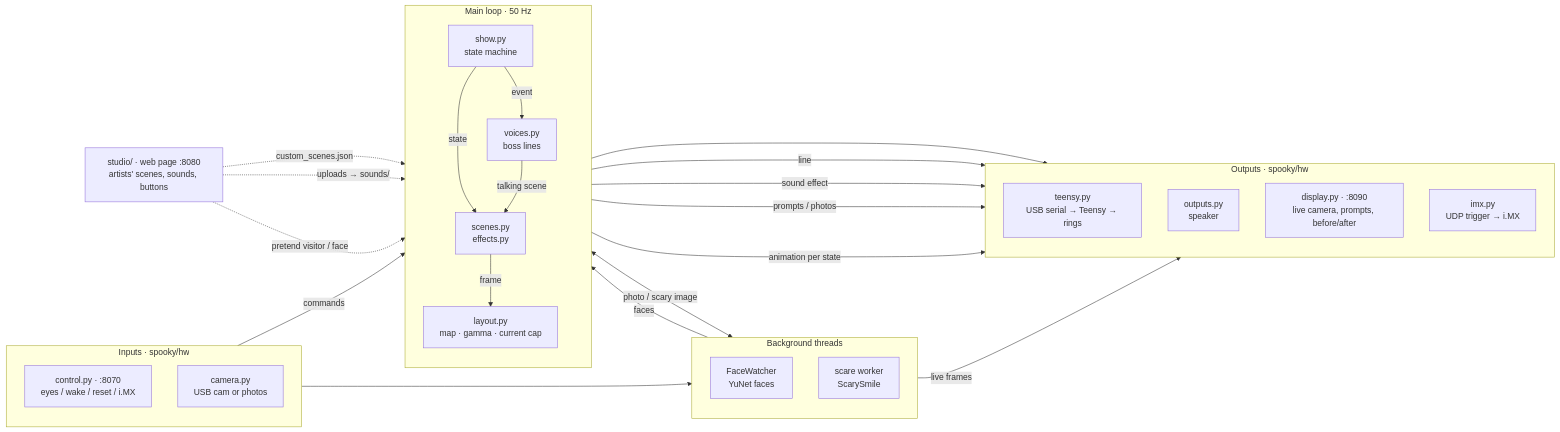
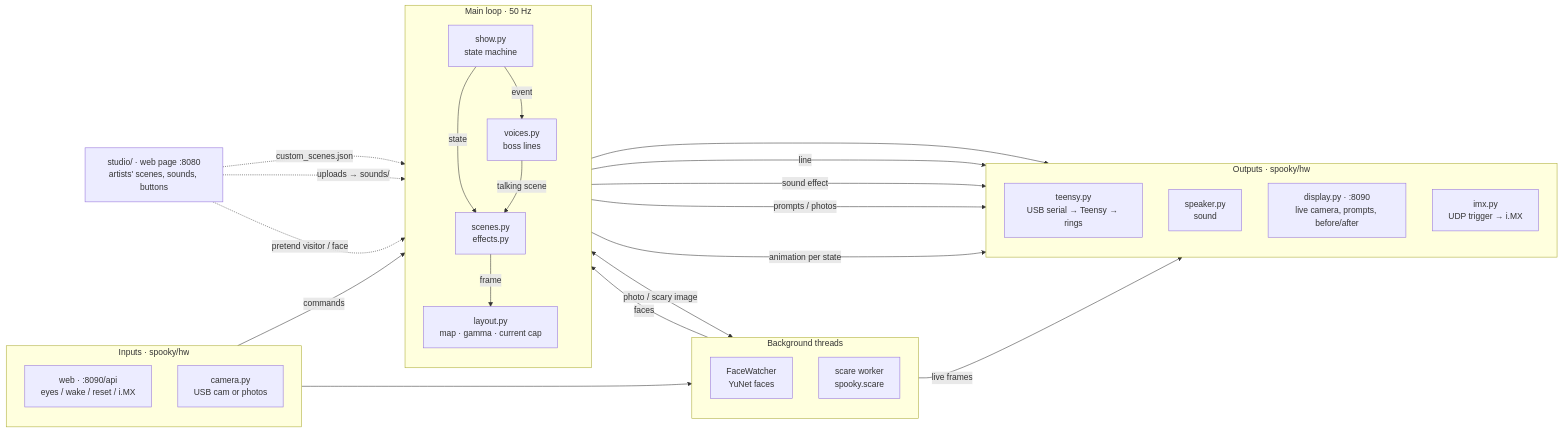
The diagram in docs/diagrams/software.mmd (mxmrsn/spooky-pi), drawn with Mermaid before and after one commit. The commit also changed 103 other files, not shown here.

```diff
--- a/docs/diagrams/software.mmd
+++ b/docs/diagrams/software.mmd
@@ -1,42 +1,42 @@
 flowchart LR
     STUDIO["studio/ · web page :8080<br/>artists' scenes, sounds, buttons"]
     subgraph IN["Inputs · spooky/hw"]
         direction TB
-        CTL["control.py · :8070<br/>eyes / wake / reset / i.MX"]
+        CTL["web · :8090/api<br/>eyes / wake / reset / i.MX"]
         CAM["camera.py<br/>USB cam or photos"]
     end
     subgraph BG["Background threads"]
         direction TB
         FW["FaceWatcher<br/>YuNet faces"]
-        EX["scare worker<br/>ScarySmile"]
+        EX["scare worker<br/>spooky.scare"]
     end
     subgraph CORE["Main loop · 50 Hz"]
         direction TB
         SHOW["show.py<br/>state machine"]
         VO["voices.py<br/>boss lines"]
         SCN["scenes.py<br/>effects.py"]
         LAY["layout.py<br/>map · gamma · current cap"]
     end
     subgraph OUT["Outputs · spooky/hw"]
         direction TB
         LEDS["teensy.py<br/>USB serial → Teensy → rings"]
-        SND["outputs.py<br/>speaker"]
+        SND["speaker.py<br/>sound"]
         DSP["display.py · :8090<br/>live camera, prompts, before/after"]
         IMX["imx.py<br/>UDP trigger → i.MX"]
     end
 
     CTL -- commands --> SHOW
     CAM --> FW -- faces --> SHOW
     SHOW <-- "photo / scary image" --> EX
     SHOW -- event --> VO
     SHOW -- state --> SCN
     VO -- "talking scene" --> SCN
     SCN -- frame --> LAY --> LEDS
     VO -- line --> SND
     SHOW -- "sound effect" --> SND
     SHOW -- "prompts / photos" --> DSP
     SHOW -- "animation per state" --> IMX
     FW -- "live frames" --> DSP
     STUDIO -. "custom_scenes.json" .-> SCN
     STUDIO -. "uploads → sounds/" .-> VO
     STUDIO -. "pretend visitor / face" .-> SHOW
```
